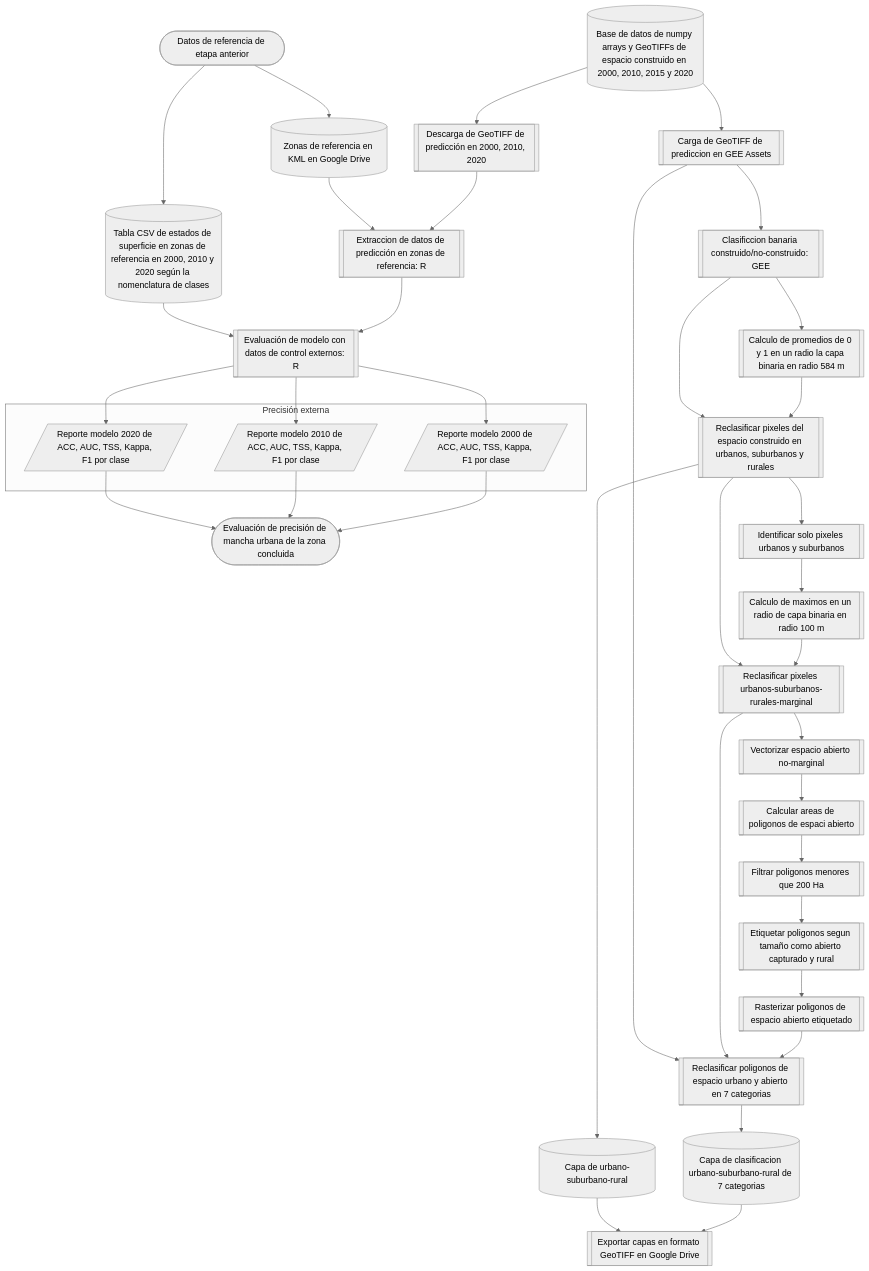
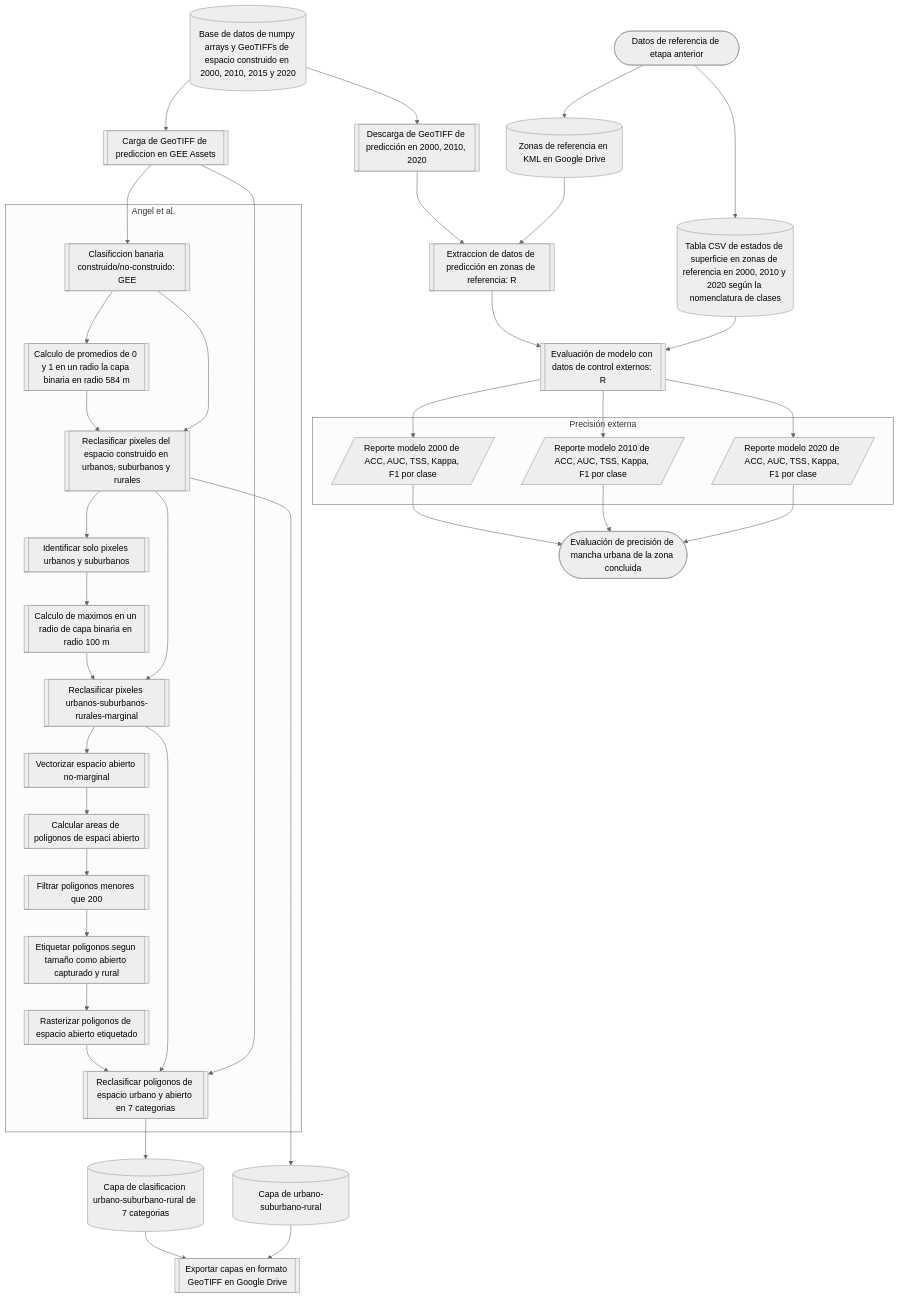
The diagram in AUEM/Esquemas/Esquema_de_procesos_3.mermaid (vshalisko/GEE), drawn with Mermaid (neutral theme) before and after one commit.

```diff
--- a/AUEM/Esquemas/Esquema_de_procesos_3.mermaid
+++ b/AUEM/Esquemas/Esquema_de_procesos_3.mermaid
@@ -1,53 +1,68 @@
 flowchart TD
   subgraph s1["Precisión externa"]
     Z8A[/Reporte modelo 2020 de ACC, AUC, TSS, Kappa, F1 por clase/]
     Z8B[/Reporte modelo 2010 de ACC, AUC, TSS, Kappa, F1 por clase/]
     Z8C[/Reporte modelo 2000 de ACC, AUC, TSS, Kappa, F1 por clase/]
+  end
+
+  subgraph s2["Angel et al."]
+    CLASS1[[Clasificcion banaria construido/no-construido: GEE]]
+    CLASS2[[Calculo de promedios de 0 y 1 en un radio la capa binaria en radio 584 m]]
+    CLASS3[[Reclasificar pixeles del espacio construido en urbanos, suburbanos y rurales]]
+    CLASS4[[Identificar solo pixeles urbanos y suburbanos]]
+    CLASS4A[[Calculo de maximos en un radio de capa binaria en radio 100 m]]
+    CLASS5[[Reclasificar pixeles urbanos-suburbanos-rurales-marginal]]
+    CLASS6[[Vectorizar espacio abierto no-marginal]]
+    CLASS7[[Calcular areas de poligonos de espaci abierto]]
+    CLASS8[[Filtrar poligonos menores que 200]]
+    CLASS9[[Etiquetar poligonos segun tamaño como abierto capturado y rural]]
+    CLASS10[[Rasterizar poligonos de espacio abierto etiquetado]]
+    CLASS11[[Reclasificar poligonos de espacio urbano y abierto en 7 categorias]]
   end
 
   START2([Datos de referencia de etapa anterior])
   START2-->B6
   START2-->B8
 
   B6[(Zonas de referencia en KML en Google Drive)]
   B6-->Z6
   B8[(Tabla CSV de estados de superficie en zonas de referencia en 2000, 2010 y 2020 según la nomenclatura de clases)]
   B8-->Z7
 
   Z4[(Base de datos de numpy arrays y GeoTIFFs de espacio construido en 2000, 2010, 2015 y 2020)]-->Z5
   Z4-->Z5A
   Z5[[Descarga de GeoTIFF de predicción en 2000, 2010, 2020]]-->Z6
   Z5A[[Carga de GeoTIFF de prediccion en GEE Assets]]-->CLASS1
   Z5A-->CLASS11
 
   Z6[[Extraccion de datos de predicción en zonas de referencia: R]]-->Z7
   Z7[[Evaluación de modelo con datos de control externos: R]]-->Z8A
   Z7-->Z8B
   Z7-->Z8C
   Z8A-->END
   Z8B-->END
   Z8C-->END
 
   END([Evaluación de precisión de mancha urbana de la zona concluida])
 
-  CLASS1[[Clasificcion banaria construido/no-construido: GEE]]-->CLASS2
+  CLASS1-->CLASS2
   CLASS1-->CLASS3
-  CLASS2[[Calculo de promedios de 0 y 1 en un radio la capa binaria en radio 584 m]]-->CLASS3
-  CLASS3[[Reclasificar pixeles del espacio construido en urbanos, suburbanos y rurales]]-->CLASS4
+  CLASS2-->CLASS3
+  CLASS3-->CLASS4
   CLASS3-->R1
   CLASS3-->CLASS5
   R1[(Capa de urbano-suburbano-rural)]
   R1-->EXPORT
-  CLASS4[[Identificar solo pixeles urbanos y suburbanos]]-->CLASS4A
-  CLASS4A[[Calculo de maximos en un radio de capa binaria en radio 100 m]]-->CLASS5
-  CLASS5[[Reclasificar pixeles urbanos-suburbanos-rurales-marginal]]-->CLASS6
+  CLASS4-->CLASS4A
+  CLASS4A-->CLASS5
+  CLASS5-->CLASS6
   CLASS5-->CLASS11
-  CLASS6[[Vectorizar espacio abierto no-marginal]]-->CLASS7
-  CLASS7[[Calcular areas de poligonos de espaci abierto]]-->CLASS8
-  CLASS8[[Filtrar poligonos menores que 200 Ha]]-->CLASS9
-  CLASS9[[Etiquetar poligonos segun tamaño como abierto capturado y rural]]-->CLASS10
-  CLASS10[[Rasterizar poligonos de espacio abierto etiquetado]]-->CLASS11
-  CLASS11[[Reclasificar poligonos de espacio urbano y abierto en 7 categorias]]-->R2
+  CLASS6-->CLASS7
+  CLASS7-->CLASS8
+  CLASS8-->CLASS9
+  CLASS9-->CLASS10
+  CLASS10-->CLASS11
+  CLASS11-->R2
   R2[(Capa de clasificacion urbano-suburbano-rural de 7 categorias)]
   R2-->EXPORT
   EXPORT[[Exportar capas en formato GeoTIFF en Google Drive]]
```
